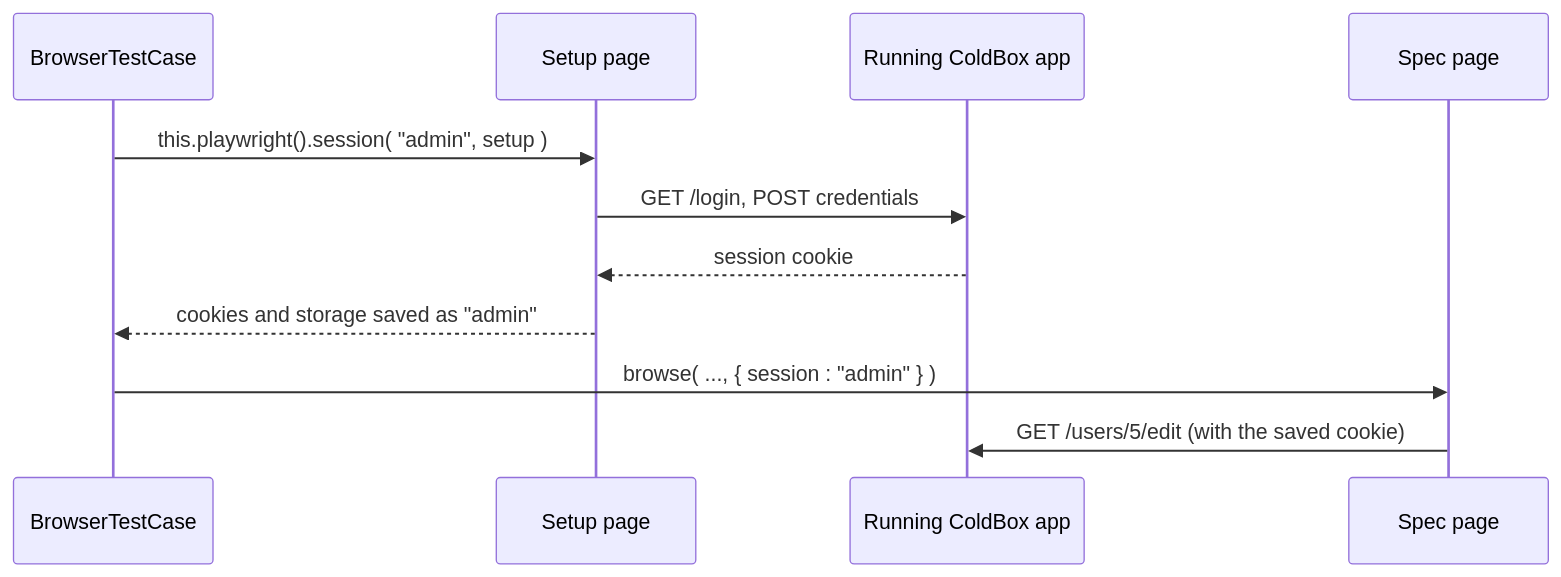
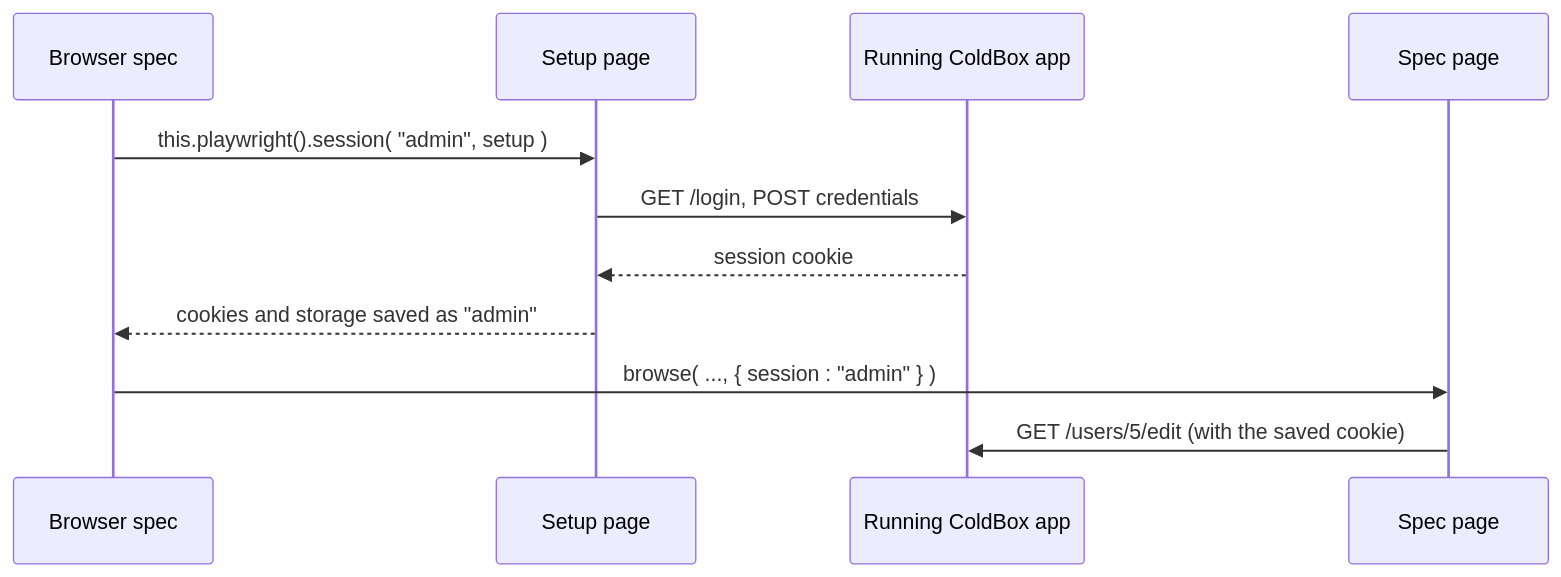
One commit to ortus-docs/coldbox-docs changed the diagram in the-basics/testing-quick-start/browser-testing/authentication.md. Above: the diagram before and after it, drawn with Mermaid. The commit also changed other lines of this file and 10 other files, not shown here.

First line of the commit message:
Browser testing: BaseTestCase with @browser replaces BrowserTestCase

````diff
--- a/the-basics/testing-quick-start/browser-testing/authentication.md
+++ b/the-basics/testing-quick-start/browser-testing/authentication.md
@@ -56,13 +57,13 @@
 ```mermaid
 sequenceDiagram
-    participant Spec as BrowserTestCase
+    participant Spec as Browser spec
     participant Setup as Setup page
     participant App as Running ColdBox app
     participant Page as Spec page
     Spec->>Setup: this.playwright().session( "admin", setup )
     Setup->>App: GET /login, POST credentials
     App-->>Setup: session cookie
     Setup-->>Spec: cookies and storage saved as "admin"
     Spec->>Page: browse( ..., { session : "admin" } )
     Page->>App: GET /users/5/edit (with the saved cookie)
 ```
````
